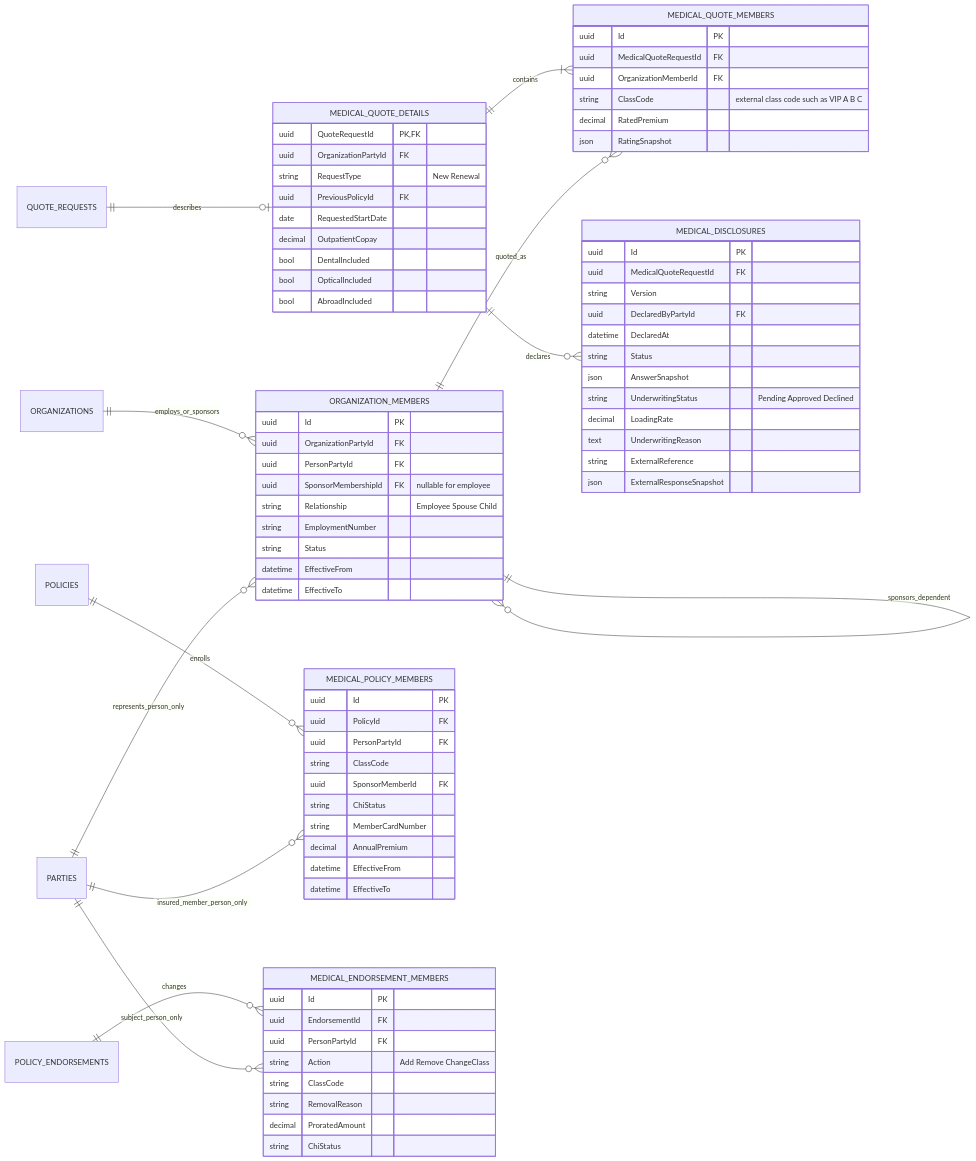
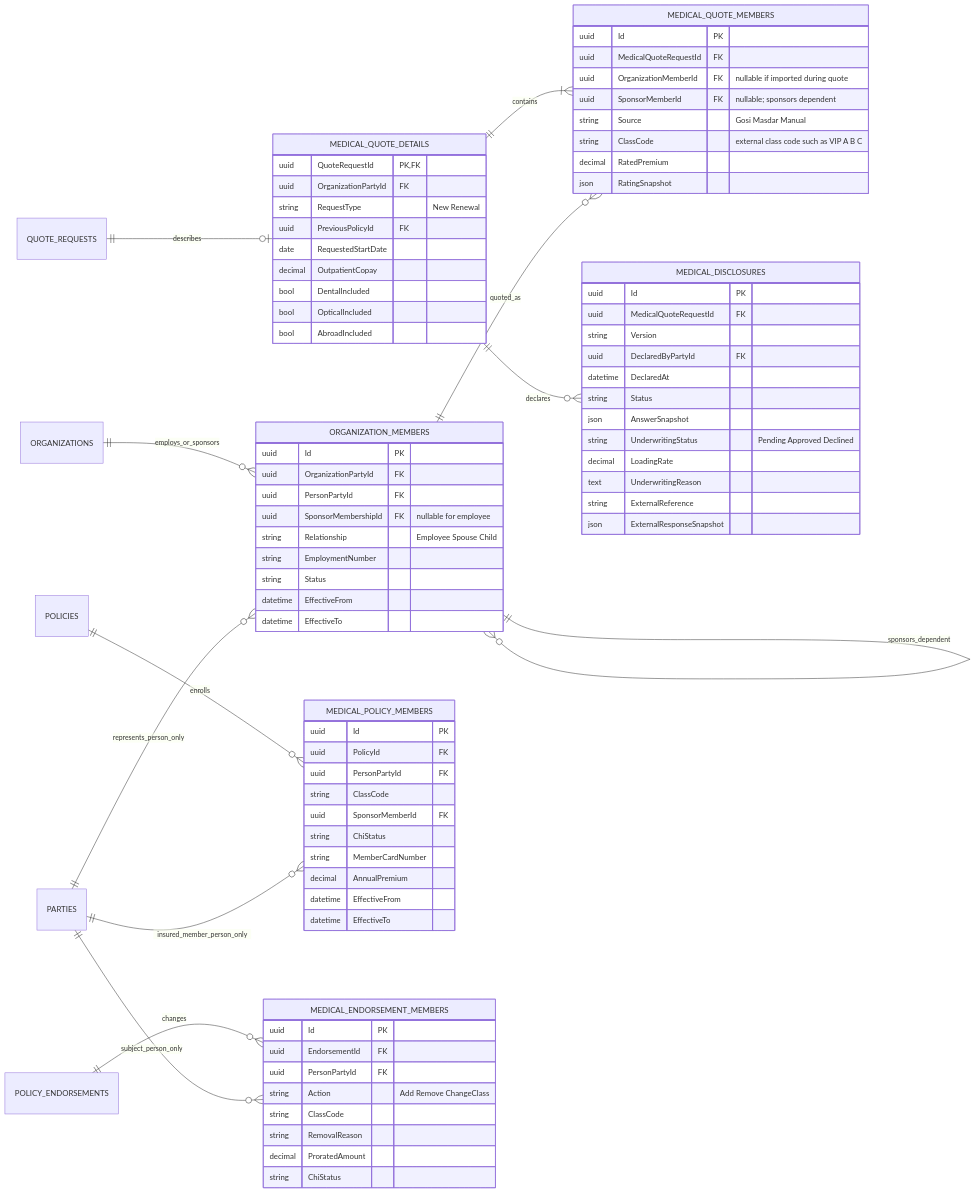
Before and after one commit to mahshokral7osam/Thiqatak_UI: the fifth of 7 diagrams in docs/Thiqatak.Business-ERD.md, drawn with Mermaid. The commit also changed other lines of this file and 5 other files, not shown here.

Commit message:
feat(erd): integrate Elm/NIC catalogs, ZATCA e-invoicing, business audit logs, and government integration fields

```diff
--- a/docs/Thiqatak.Business-ERD.md
+++ b/docs/Thiqatak.Business-ERD.md
@@ -493,7 +533,9 @@
     MEDICAL_QUOTE_MEMBERS {
         uuid Id PK
         uuid MedicalQuoteRequestId FK
-        uuid OrganizationMemberId FK
+        uuid OrganizationMemberId FK "nullable if imported during quote"
+        uuid SponsorMemberId FK "nullable; sponsors dependent"
+        string Source "Gosi Masdar Manual"
         string ClassCode "external class code such as VIP A B C"
         decimal RatedPremium
         json RatingSnapshot
```
